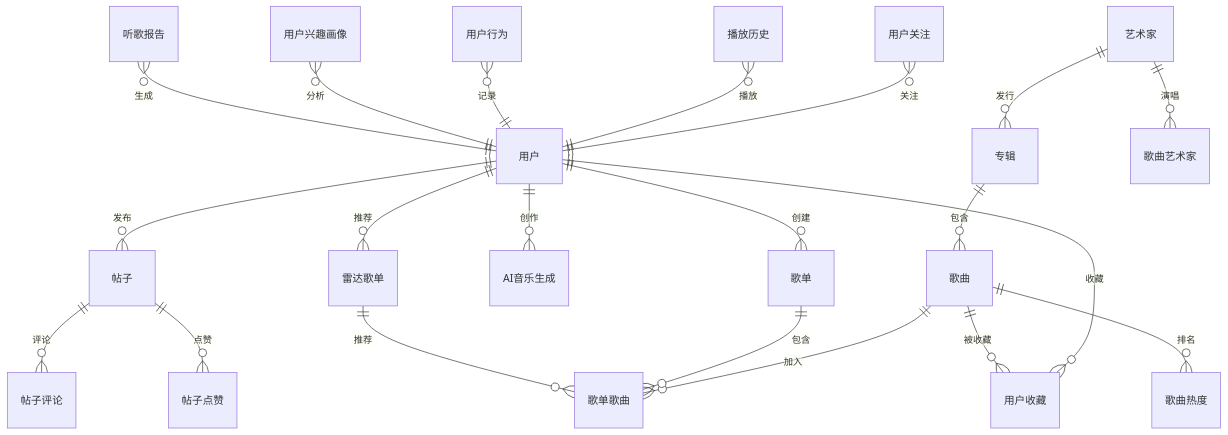
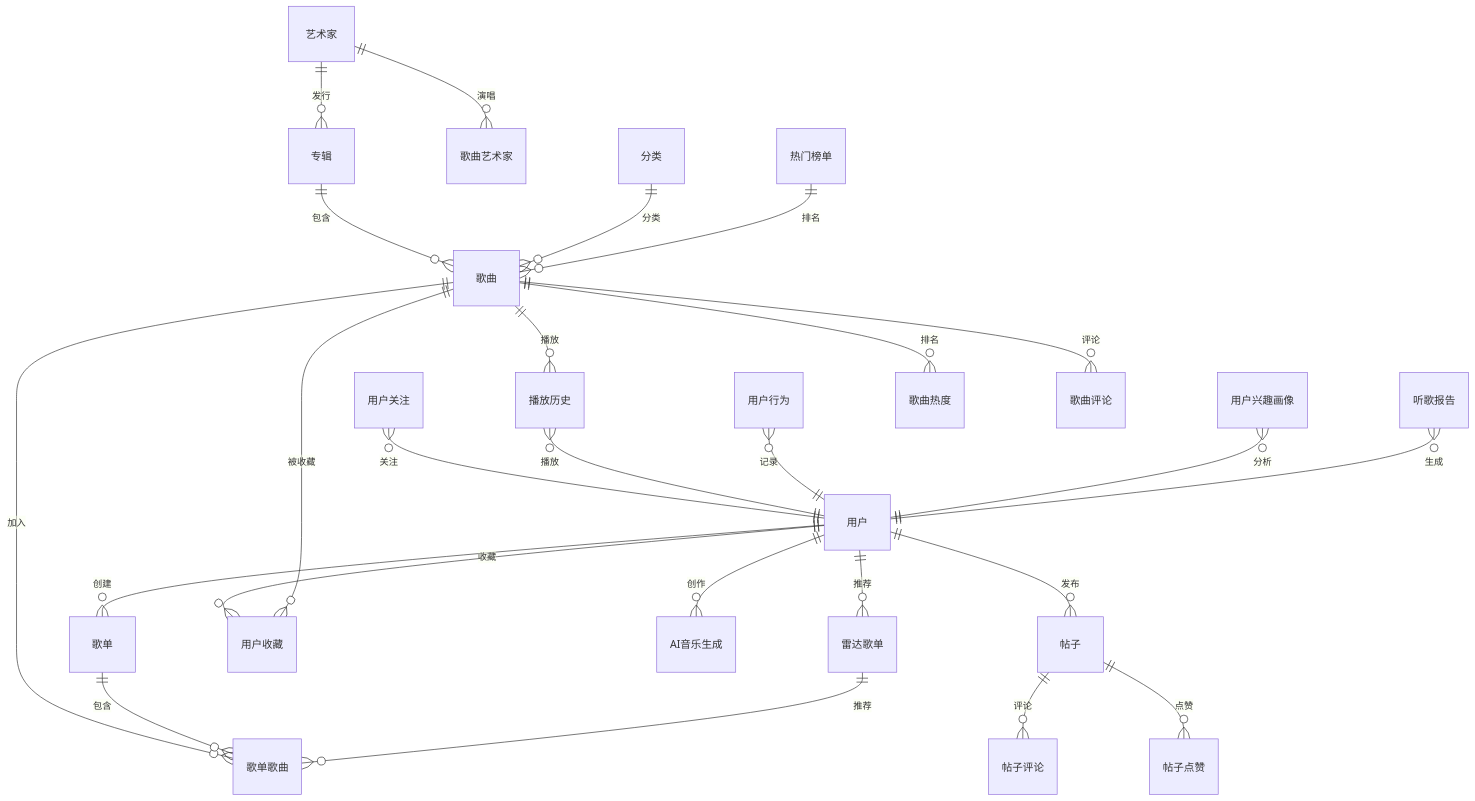
One commit to kewangzhen/fly-music changed the diagram in doc/ER图-中文版.md. Above: the diagram before and after it, drawn with Mermaid. The commit also changed other lines of this file and 5 other files, not shown here.

First line of the commit message:
feat: 更新ER图、精简热门榜单类图、添加测试用例文档

````diff
--- a/doc/ER图-中文版.md
+++ b/doc/ER图-中文版.md
@@ -7,58 +7,69 @@
 ```mermaid
 erDiagram
     %% 用户核心关系
     用户 ||--o{ 歌单 : 创建
     用户 ||--o{ 帖子 : 发布
     用户 ||--o{ 用户收藏 : 收藏
     用户 ||--o{ AI音乐生成 : 创作
     用户 ||--o{ 雷达歌单 : 推荐
 
     用户关注 }o--|| 用户 : 关注
     播放历史 }o--|| 用户 : 播放
     用户行为 }o--|| 用户 : 记录
     用户兴趣画像 }o--|| 用户 : 分析
     听歌报告 }o--|| 用户 : 生成
 
     %% 艺术家关系
     艺术家 ||--o{ 专辑 : 发行
     艺术家 ||--o{ 歌曲艺术家 : 演唱
 
     %% 专辑歌曲关系
     专辑 ||--o{ 歌曲 : 包含
 
     %% 歌曲关系
     歌曲 ||--o{ 歌单歌曲 : 加入
     歌曲 ||--o{ 用户收藏 : 被收藏
     歌曲 ||--o{ 歌曲热度 : 排名
+    歌曲 ||--o{ 歌曲评论 : 评论
+    歌曲 ||--o{ 播放历史 : 播放
+
+    %% 分类关系
+    分类 ||--o{ 歌曲 : 分类
 
     %% 歌单关系
     歌单 ||--o{ 歌单歌曲 : 包含
 
     %% 社交关系
     帖子 ||--o{ 帖子评论 : 评论
     帖子 ||--o{ 帖子点赞 : 点赞
 
     %% 雷达关系
     雷达歌单 ||--o{ 歌单歌曲 : 推荐
+
+    %% 热门榜单关系
+    热门榜单 ||--o{ 歌曲 : 排名
 
     %% 表定义
     用户 { }
     歌单 { }
     帖子 { }
     用户收藏 { }
     用户关注 { }
     播放历史 { }
     用户行为 { }
     AI音乐生成 { }
     用户兴趣画像 { }
     听歌报告 { }
     雷达歌单 { }
     艺术家 { }
     专辑 { }
     歌曲 { }
     歌曲艺术家 { }
     歌单歌曲 { }
     歌曲热度 { }
+    歌曲评论 { }
     帖子评论 { }
     帖子点赞 { }
+    热门榜单 { }
+    分类 { }
 ```
````
